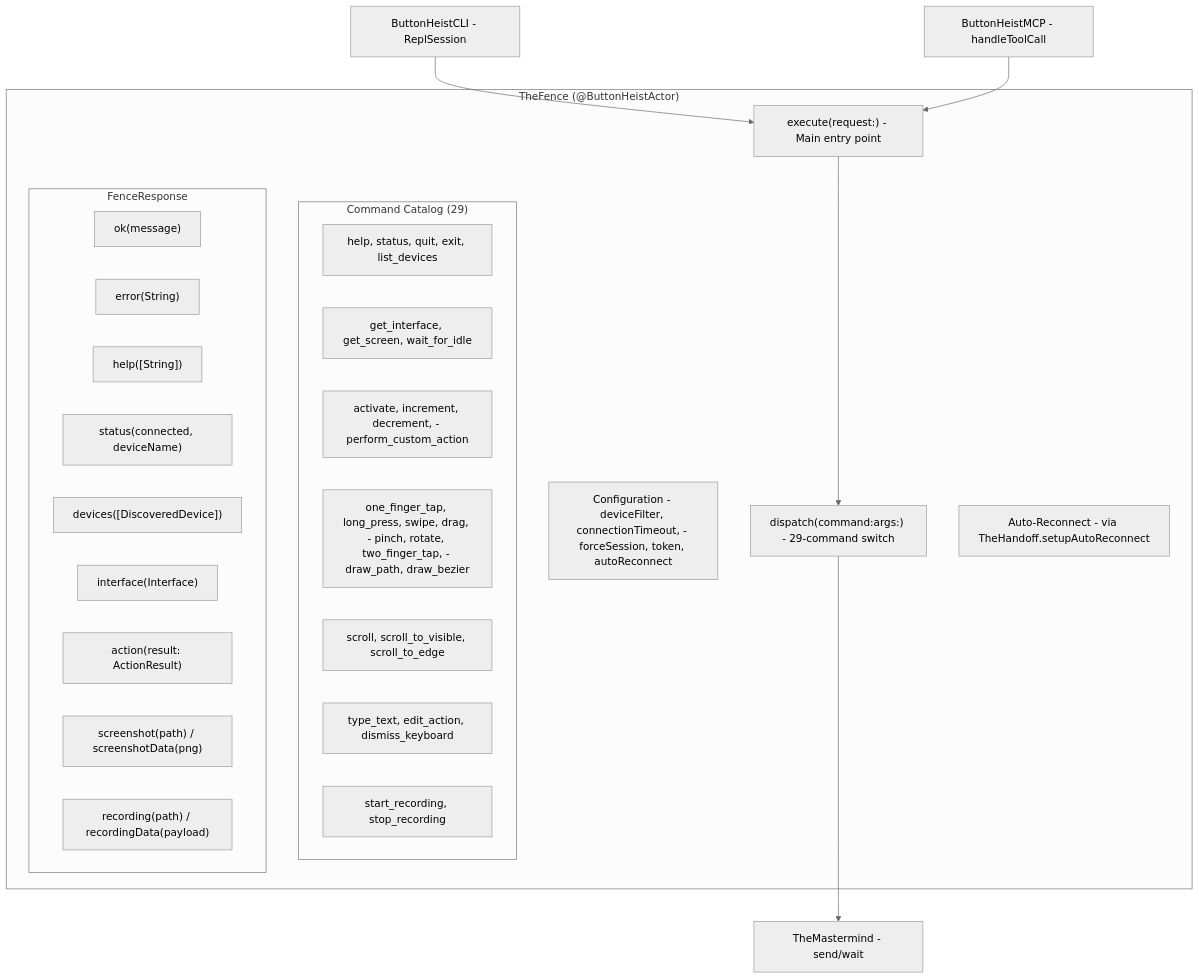
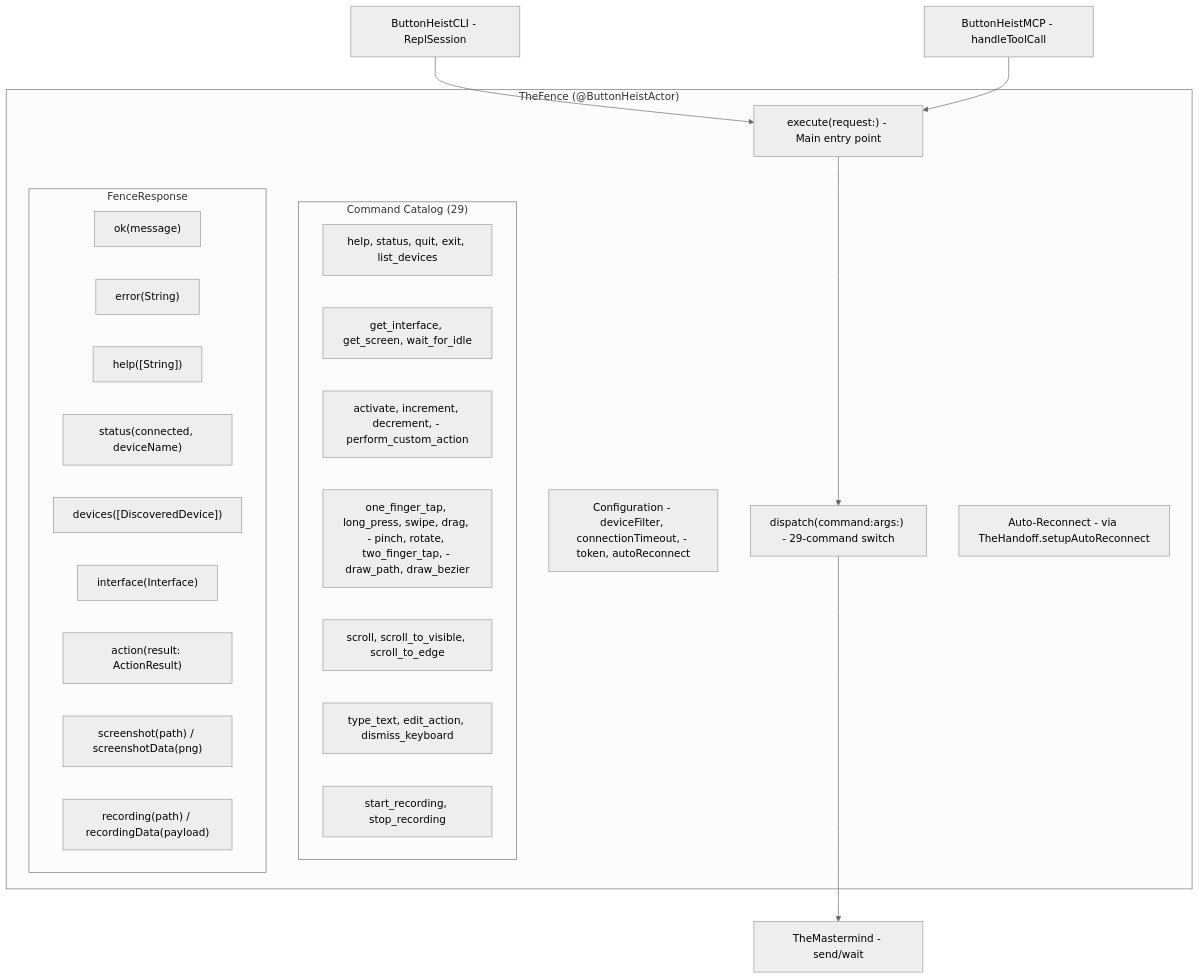
Before and after one commit to RoyalPineapple/TheButtonHeist: the first of 3 diagrams in docs/dossiers/10-THEFENCE.md, drawn with Mermaid (neutral theme). The commit also changed 9 other files, not shown here.

````diff
--- a/docs/dossiers/10-THEFENCE.md
+++ b/docs/dossiers/10-THEFENCE.md
@@ -20,36 +20,36 @@
 ```mermaid
 graph TD
     subgraph TheFence["TheFence (@ButtonHeistActor)"]
-        Config["Configuration - deviceFilter, connectionTimeout, - forceSession, token, autoReconnect"]
+        Config["Configuration - deviceFilter, connectionTimeout, - token, autoReconnect"]
         Execute["execute(request:) - Main entry point"]
         Dispatch["dispatch(command:args:) - 29-command switch"]
         Reconnect["Auto-Reconnect - via TheHandoff.setupAutoReconnect"]
 
         subgraph Commands["Command Catalog (29)"]
             Conn["help, status, quit, exit, list_devices"]
             IF["get_interface, get_screen, wait_for_idle"]
             Access["activate, increment, decrement, - perform_custom_action"]
             Gesture["one_finger_tap, long_press, swipe, drag, - pinch, rotate, two_finger_tap, - draw_path, draw_bezier"]
             Scroll["scroll, scroll_to_visible, scroll_to_edge"]
             Text["type_text, edit_action, dismiss_keyboard"]
             Rec["start_recording, stop_recording"]
         end
 
         subgraph Response["FenceResponse"]
             Ok["ok(message)"]
             Err["error(String)"]
             Help["help([String])"]
             Status["status(connected, deviceName)"]
             DevList["devices([DiscoveredDevice])"]
             IFResp["interface(Interface)"]
             Action["action(result: ActionResult)"]
             Screenshot["screenshot(path) / screenshotData(png)"]
             Recording["recording(path) / recordingData(payload)"]
         end
     end
 
     CLI["ButtonHeistCLI - ReplSession"] --> Execute
     MCP["ButtonHeistMCP - handleToolCall"] --> Execute
     Execute --> Dispatch
     Dispatch --> Client["TheMastermind - send/wait"]
 ```
````
